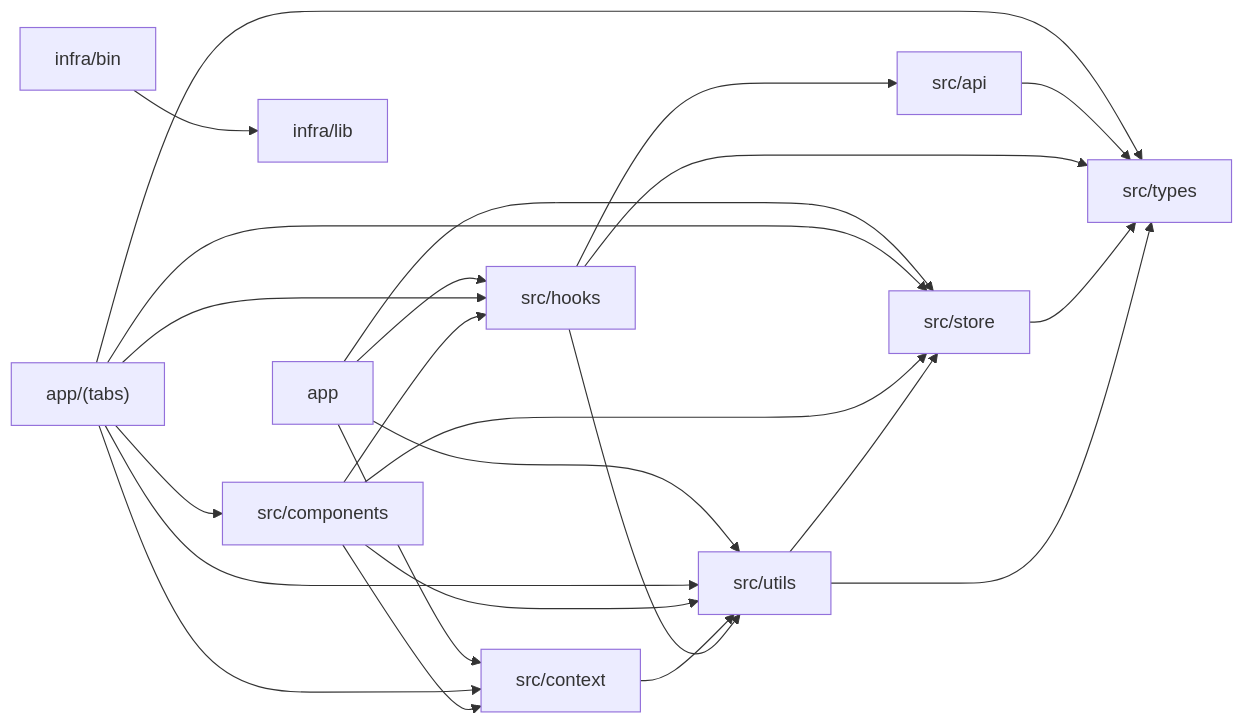
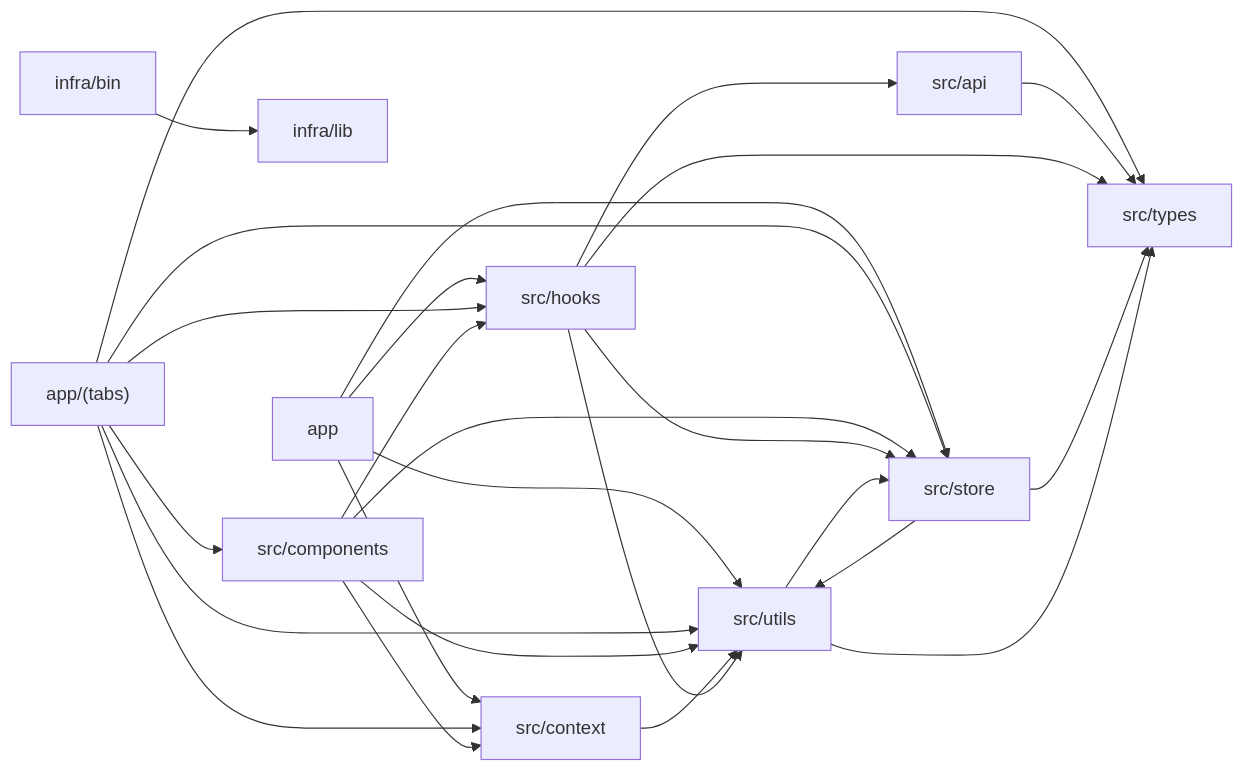
Before and after one commit to rufbulldog/ferry-tracker: the diagram in docs/spec/_systems/architecture.md, drawn with Mermaid. The commit also changed other lines of this file and 38 other files, not shown here.

````diff
--- a/docs/spec/_systems/architecture.md
+++ b/docs/spec/_systems/architecture.md
@@ -20,37 +20,39 @@
 ```mermaid
 flowchart LR
   n_app["app"]
   n_app_tabs["app/(tabs)"]
   n_infra_bin["infra/bin"]
   n_infra_lib["infra/lib"]
   n_src_api["src/api"]
   n_src_components["src/components"]
   n_src_context["src/context"]
   n_src_hooks["src/hooks"]
   n_src_store["src/store"]
   n_src_types["src/types"]
   n_src_utils["src/utils"]
   n_app --> n_src_context
   n_app --> n_src_hooks
   n_app --> n_src_store
   n_app --> n_src_utils
   n_app_tabs --> n_src_components
   n_app_tabs --> n_src_context
   n_app_tabs --> n_src_hooks
   n_app_tabs --> n_src_store
   n_app_tabs --> n_src_types
   n_app_tabs --> n_src_utils
   n_infra_bin --> n_infra_lib
   n_src_api --> n_src_types
   n_src_components --> n_src_context
   n_src_components --> n_src_hooks
   n_src_components --> n_src_store
   n_src_components --> n_src_utils
   n_src_context --> n_src_utils
   n_src_hooks --> n_src_api
+  n_src_hooks --> n_src_store
   n_src_hooks --> n_src_types
   n_src_hooks --> n_src_utils
   n_src_store --> n_src_types
+  n_src_store --> n_src_utils
   n_src_utils --> n_src_store
   n_src_utils --> n_src_types
 ```
````
